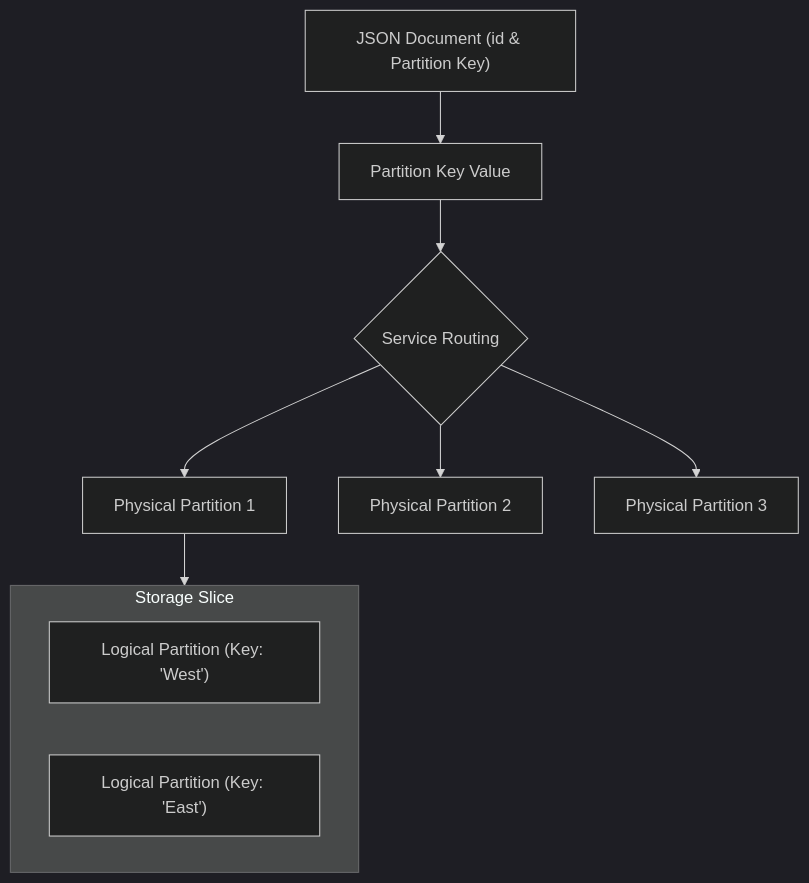
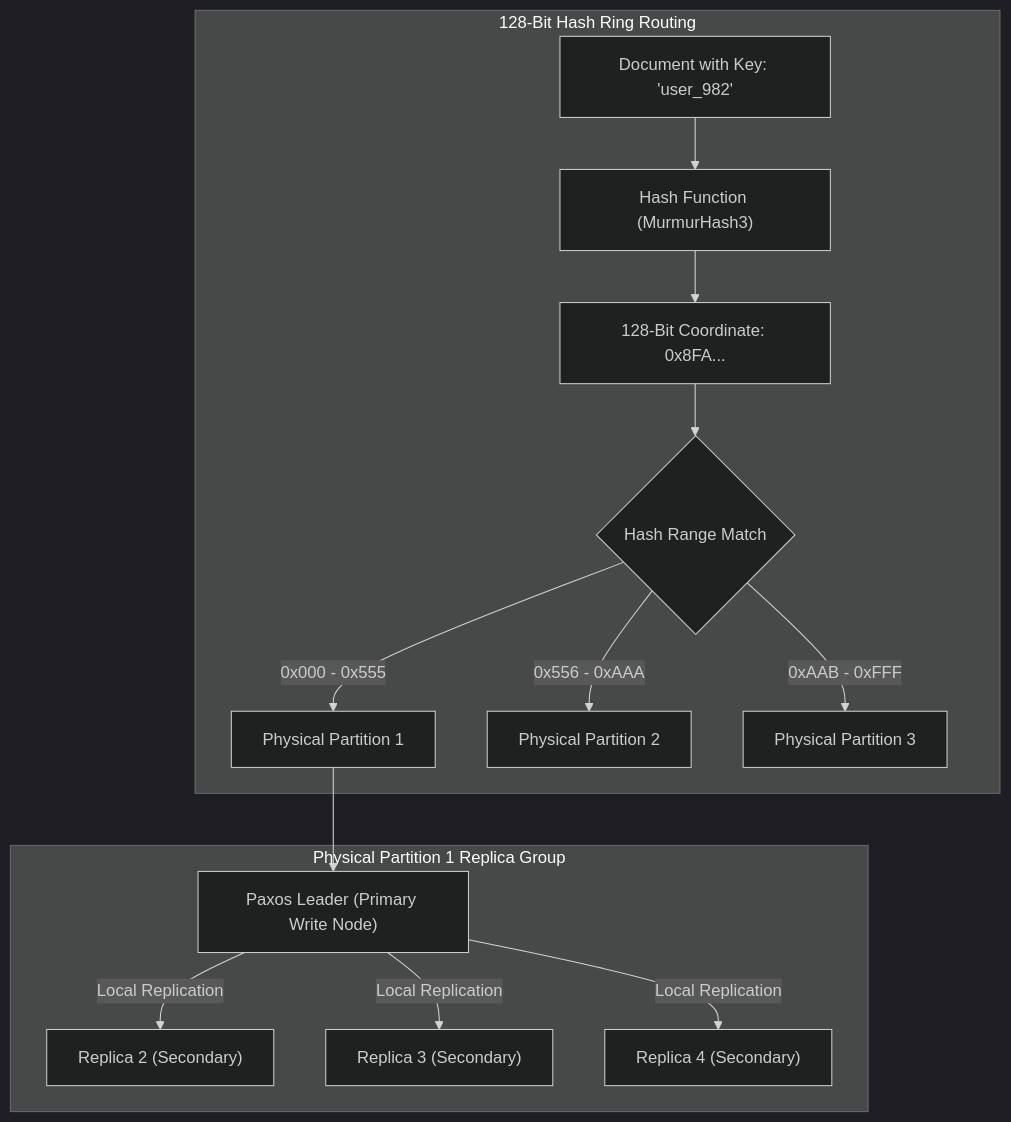
The first of 2 diagrams in cloud-providers/azure/storage-databases/cosmos-db.md (senlinyy/dev-roadmaps), drawn with Mermaid (dark theme) before and after one commit. The commit also changed other lines of this file and 343 other files, not shown here.

````diff
--- a/cloud-providers/azure/storage-databases/cosmos-db.md
+++ b/cloud-providers/azure/storage-databases/cosmos-db.md
@@ -48,14 +149,18 @@
 ```mermaid
 flowchart TD
-    Doc["JSON Document (id & Partition Key)"] --> Key["Partition Key Value"]
-    Key --> Route{"Service Routing"}
-    Route --> P1["Physical Partition 1"]
-    Route --> P2["Physical Partition 2"]
-    Route --> P3["Physical Partition 3"]
+    subgraph HashRing["128-Bit Hash Ring Routing"]
+        Doc["Document with Key: 'user_982'"] --> HASH["Hash Function (MurmurHash3)"]
+        HASH --> Coordinate["128-Bit Coordinate: 0x8FA..."]
+        Coordinate --> RangeCheck{"Hash Range Match"}
+        RangeCheck -->|0x000 - 0x555| Node1["Physical Partition 1"]
+        RangeCheck -->|0x556 - 0xAAA| Node2["Physical Partition 2"]
+        RangeCheck -->|0xAAB - 0xFFF| Node3["Physical Partition 3"]
+    end
 
-    subgraph P1Data["Storage Slice"]
-        L1["Logical Partition (Key: 'West')"]
-        L2["Logical Partition (Key: 'East')"]
+    subgraph ReplicaQuorum["Physical Partition 1 Replica Group"]
+        Node1 --> Leader["Paxos Leader (Primary Write Node)"]
+        Leader -->|Local Replication| Follower1["Replica 2 (Secondary)"]
+        Leader -->|Local Replication| Follower2["Replica 3 (Secondary)"]
+        Leader -->|Local Replication| Follower3["Replica 4 (Secondary)"]
     end
-    P1 --> P1Data
 ```
````
